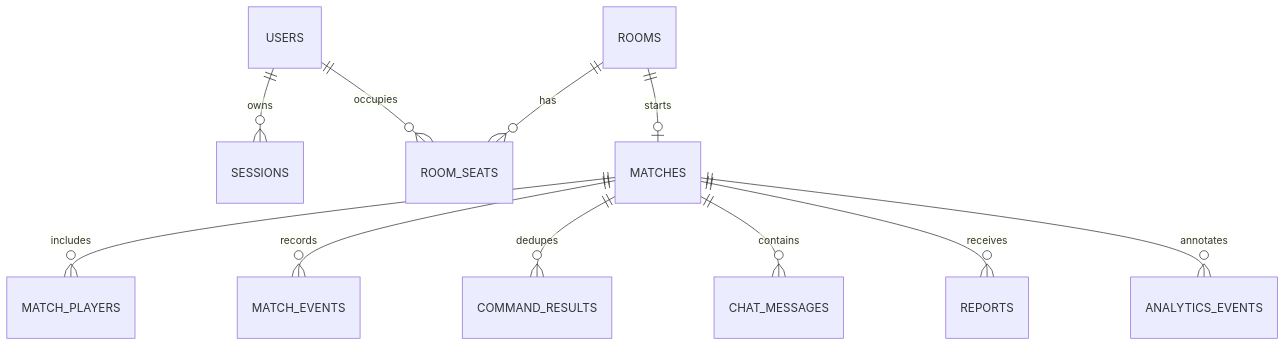
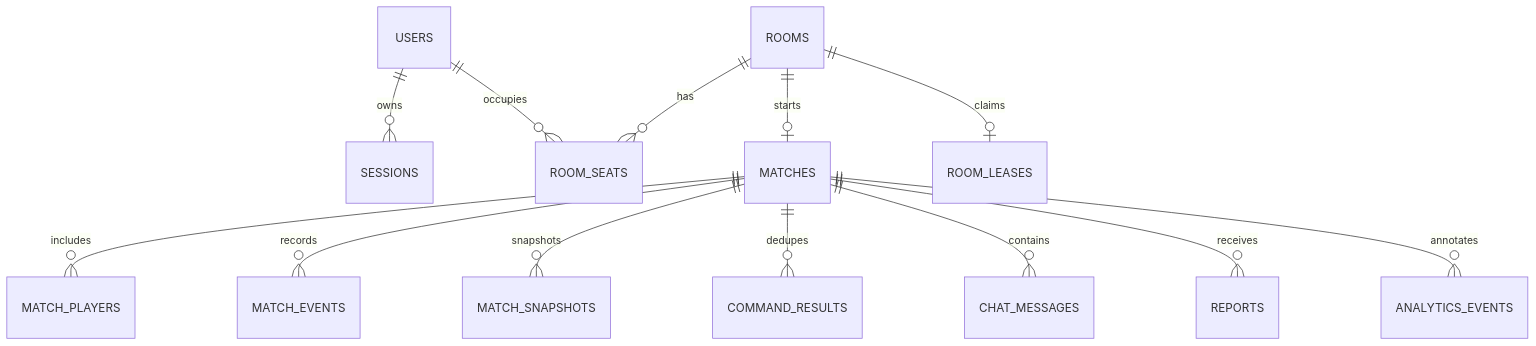
One commit to sahnsookyung/colonizt changed the ninth of 10 diagrams in docs/architecture.md. Above: the diagram before and after it, drawn with Mermaid. The commit also changed other lines of this file and 48 other files, not shown here.

````diff
--- a/docs/architecture.md
+++ b/docs/architecture.md
@@ -192,13 +384,15 @@
 ```mermaid
 erDiagram
   USERS ||--o{ SESSIONS : owns
   USERS ||--o{ ROOM_SEATS : occupies
   ROOMS ||--o{ ROOM_SEATS : has
   ROOMS ||--o| MATCHES : starts
+  ROOMS ||--o| ROOM_LEASES : claims
   MATCHES ||--o{ MATCH_PLAYERS : includes
   MATCHES ||--o{ MATCH_EVENTS : records
+  MATCHES ||--o{ MATCH_SNAPSHOTS : snapshots
   MATCHES ||--o{ COMMAND_RESULTS : dedupes
   MATCHES ||--o{ CHAT_MESSAGES : contains
   MATCHES ||--o{ REPORTS : receives
   MATCHES ||--o{ ANALYTICS_EVENTS : annotates
 ```
````
